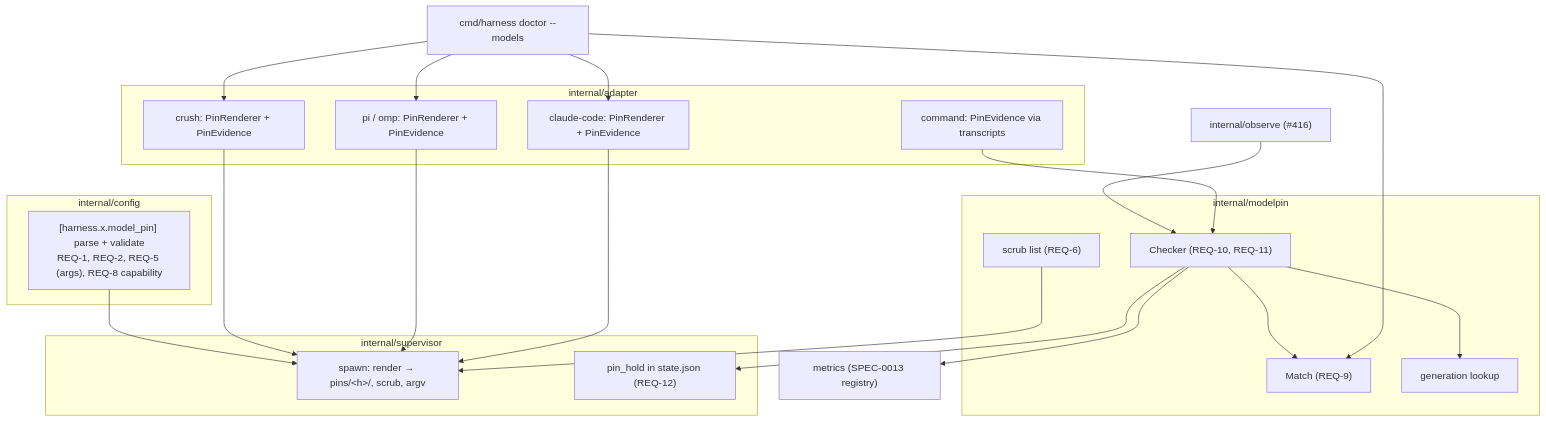
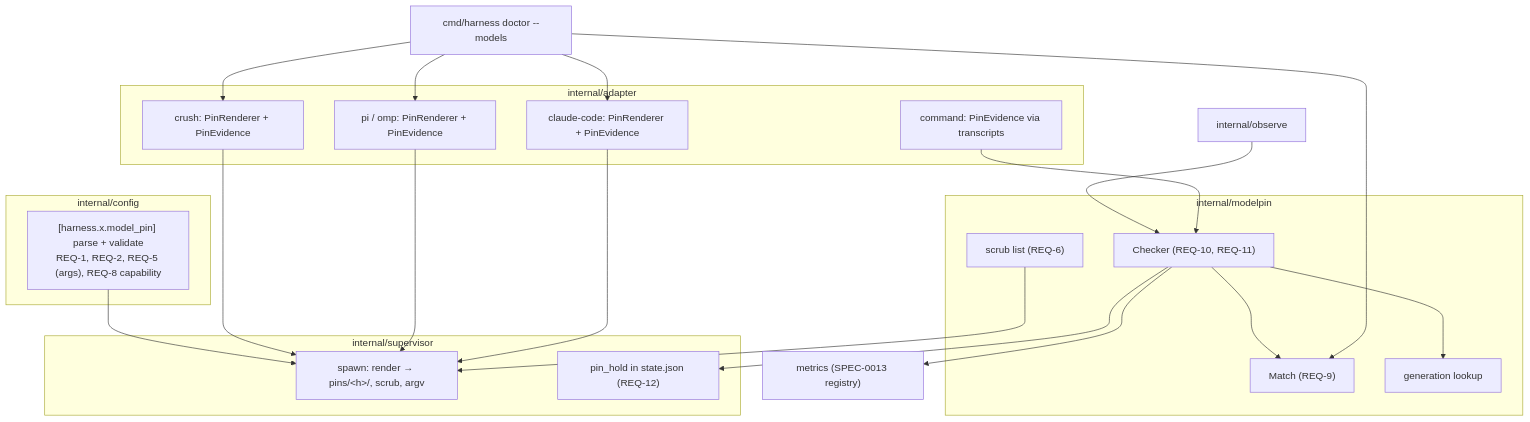
One commit to stump-wtf/harness changed the second of 2 diagrams in docs/openspec/specs/model-pinning/design.md. Above: the diagram before and after it, drawn with Mermaid. The commit also changed other lines of this file and 35 other files, not shown here.

````diff
--- a/docs/openspec/specs/model-pinning/design.md
+++ b/docs/openspec/specs/model-pinning/design.md
@@ -256,37 +256,37 @@
 ```mermaid
 flowchart TB
     subgraph config["internal/config"]
         PT["[harness.x.model_pin] parse + validate<br/>REQ-1, REQ-2, REQ-5 (args), REQ-8 capability"]
     end
     subgraph adapters["internal/adapter"]
         CR["crush: PinRenderer + PinEvidence"]
         PI["pi / omp: PinRenderer + PinEvidence"]
         CC["claude-code: PinRenderer + PinEvidence"]
         CM["command: PinEvidence via transcripts"]
     end
     subgraph mp["internal/modelpin"]
         M["Match (REQ-9)"]
         K["Checker (REQ-10, REQ-11)"]
         GL["generation lookup"]
         SL["scrub list (REQ-6)"]
     end
     subgraph sup["internal/supervisor"]
         SP["spawn: render → pins/&lt;h&gt;/, scrub, argv"]
         HOLD["pin_hold in state.json (REQ-12)"]
     end
-    OBS["internal/observe (#416)"]
+    OBS["internal/observe"]
     MET["metrics (SPEC-0013 registry)"]
     DOC["cmd/harness doctor --models"]
 
     PT --> SP
     CR & PI & CC --> SP
     SL --> SP
     OBS --> K
     CM --> K
     K --> M
     K --> GL
     K --> HOLD
     K --> MET
     DOC --> M
     DOC --> CR & PI & CC
 ```
````
